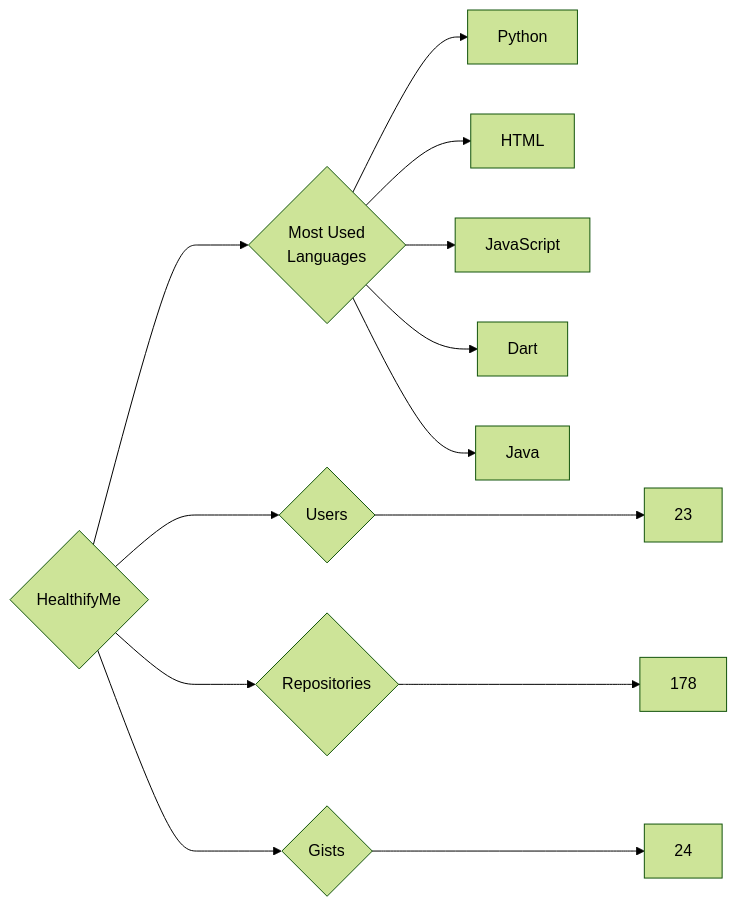
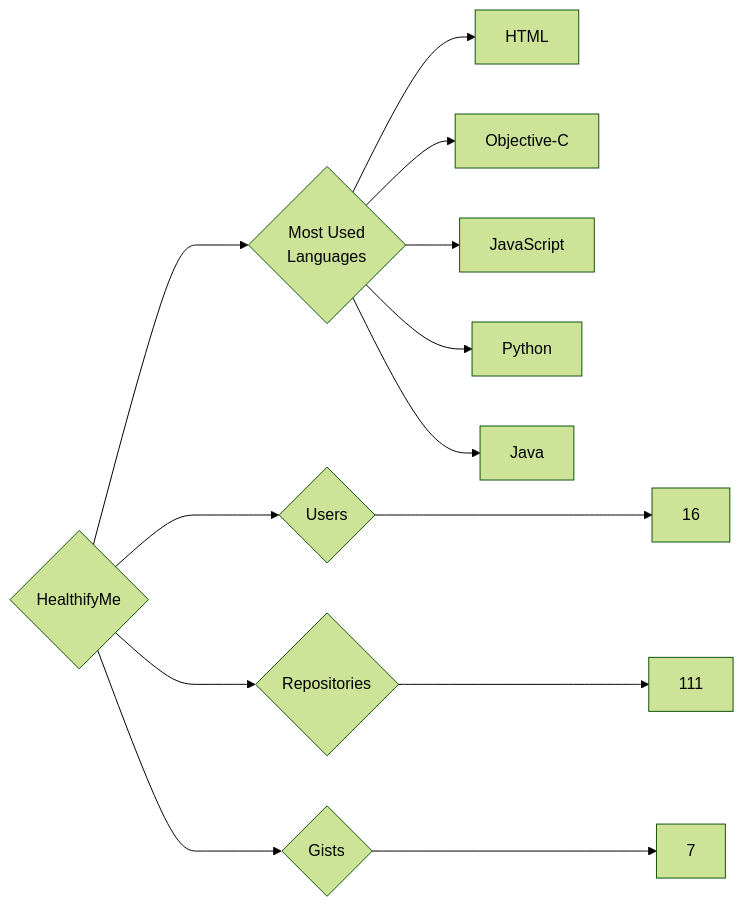
Before and after one commit to trickest/insiders: the diagram in targets/HealthifyMe/README.md, drawn with Mermaid (forest theme). The commit also changed 935 other files, not shown here.

````diff
--- a/targets/HealthifyMe/README.md
+++ b/targets/HealthifyMe/README.md
@@ -3,13 +3,13 @@
 ```mermaid
 graph LR
 COMPANY_NAME{HealthifyMe}
-COMPANY_NAME ---> U{Users} ---> UN[23]
-COMPANY_NAME ---> R{Repositories} ---> RN[178]
-COMPANY_NAME ---> G{Gists} ---> GN[24]
+COMPANY_NAME ---> U{Users} ---> UN[16]
+COMPANY_NAME ---> R{Repositories} ---> RN[111]
+COMPANY_NAME ---> G{Gists} ---> GN[7]
 COMPANY_NAME ---> ML{Most Used<br>Languages}
+ML --> HTML[HTML]
+ML --> Objective-C[Objective-C]
+ML --> JavaScript[JavaScript]
 ML --> Python[Python]
-ML --> HTML[HTML]
-ML --> JavaScript[JavaScript]
-ML --> Dart[Dart]
 ML --> Java[Java]
 ```
````
